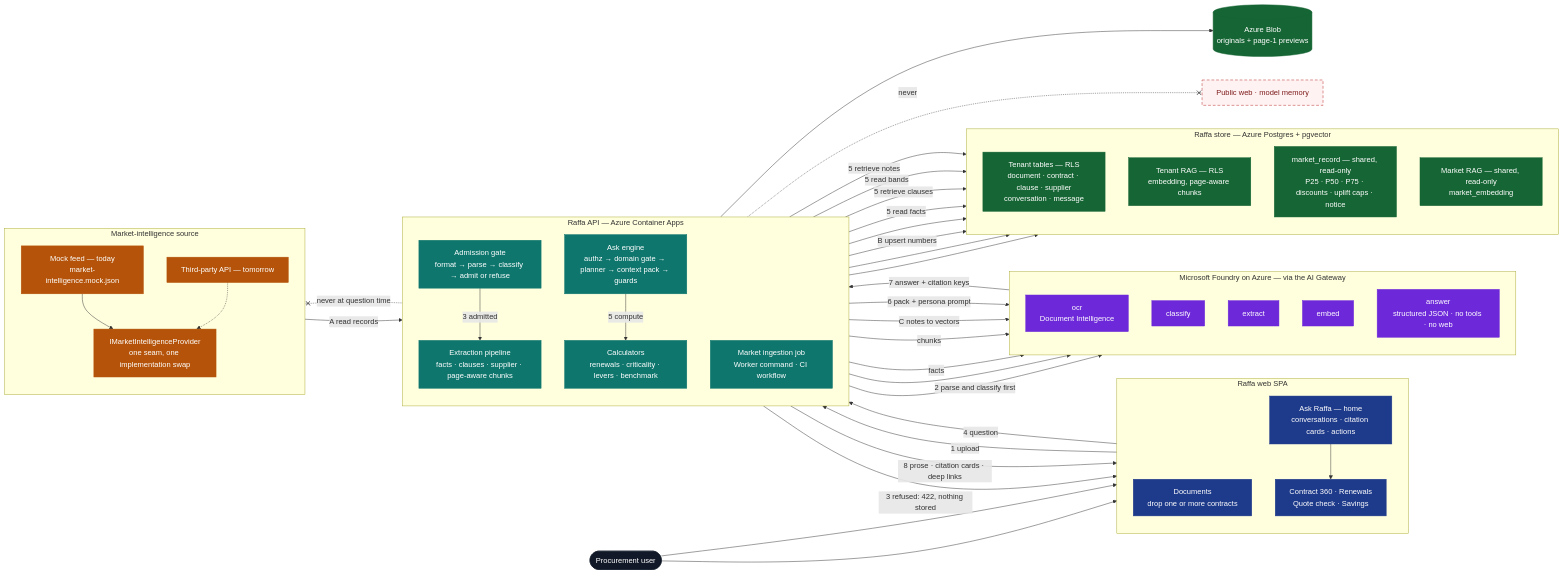
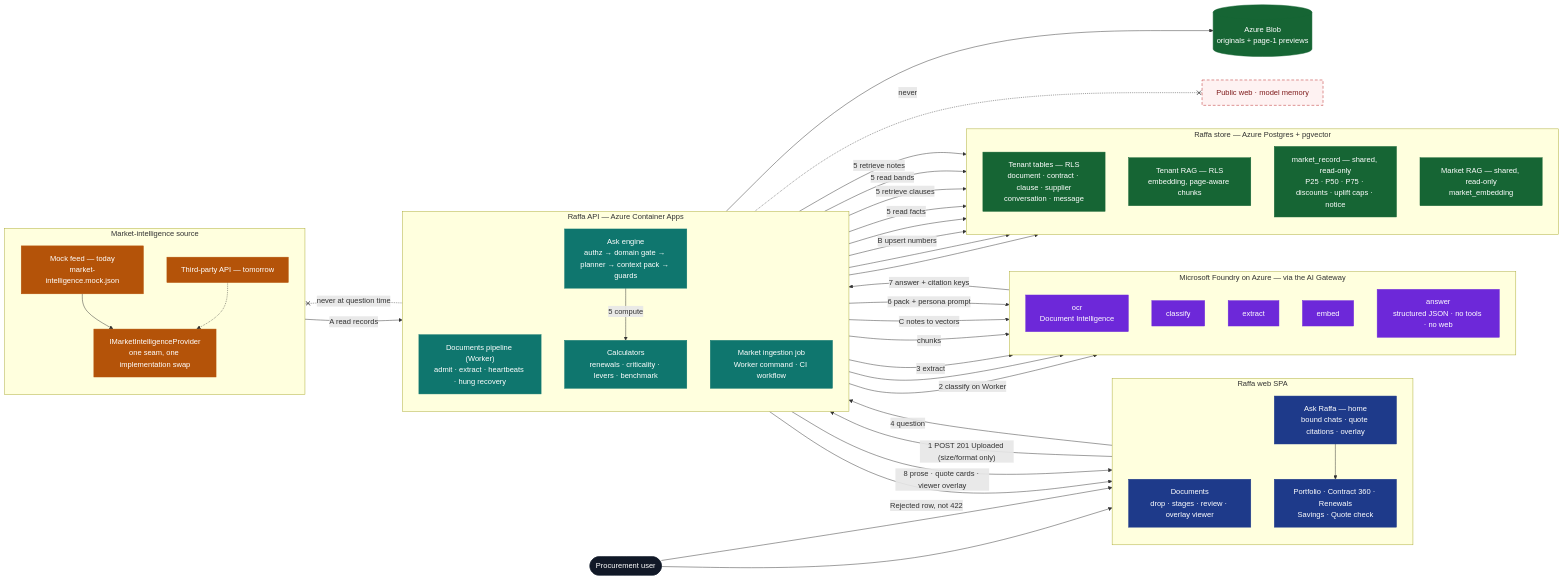
The first of 7 diagrams in docs/architecture/ask-raffa-v2-data-flow.md (lucalamalfa91/Raffa.ai), drawn with Mermaid before and after one commit. The commit also changed other lines of this file and 3 other files, not shown here.

First line of the commit message:
docs: align README and flows with the post-W19 product

```diff
--- a/docs/architecture/ask-raffa-v2-data-flow.md
+++ b/docs/architecture/ask-raffa-v2-data-flow.md
@@ -44,15 +44,14 @@
 
   subgraph WEB["Raffa web SPA"]
     direction TB
-    DOCS["Documents<br/>drop one or more contracts"]
-    ASKUI["Ask Raffa — home<br/>conversations · citation cards · actions"]
-    SCREENS["Contract 360 · Renewals<br/>Quote check · Savings"]
+    DOCS["Documents<br/>drop · stages · review · overlay viewer"]
+    ASKUI["Ask Raffa — home<br/>bound chats · quote citations · overlay"]
+    SCREENS["Portfolio · Contract 360 · Renewals<br/>Savings · Quote check"]
   end
 
   subgraph API["Raffa API — Azure Container Apps"]
     direction TB
-    GATE["Admission gate<br/>format → parse → classify → admit or refuse"]
-    PIPE["Extraction pipeline<br/>facts · clauses · supplier · page-aware chunks"]
+    PIPE["Documents pipeline (Worker)<br/>admit · extract · heartbeats · hung recovery"]
     ENGINE["Ask engine<br/>authz → domain gate → planner → context pack → guards"]
     CALC["Calculators<br/>renewals · criticality · levers · benchmark"]
     INGEST["Market ingestion job<br/>Worker command · CI workflow"]
@@ -90,13 +89,12 @@
 
   U --> DOCS
   U --> ASKUI
-  DOCS -- "1 upload" --> GATE
-  GATE -- "2 parse and classify first" --> OCR
-  GATE --> CLS
-  GATE -- "3 refused: 422, nothing stored" --> DOCS
-  GATE -- "3 admitted" --> PIPE
+  DOCS -- "1 POST 201 Uploaded (size/format only)" --> PIPE
   PIPE --> BLOB
-  PIPE -- "facts" --> EXT
+  PIPE -- "2 classify on Worker" --> OCR
+  PIPE --> CLS
+  PIPE -- "Rejected row, not 422" --> DOCS
+  PIPE -- "3 extract" --> EXT
   PIPE --> T1
   PIPE -- "chunks" --> EMB
   PIPE --> T2
@@ -114,14 +112,14 @@
   ENGINE -- "5 compute" --> CALC
   ENGINE -- "6 pack + persona prompt" --> ANS
   ANS -- "7 answer + citation keys" --> ENGINE
-  ENGINE -- "8 prose · citation cards · deep links" --> ASKUI
+  ENGINE -- "8 prose · quote cards · viewer overlay" --> ASKUI
   ASKUI --> SCREENS
   ENGINE -. "never" .-x WEBX
   ENGINE -. "never at question time" .-x PROV
 
   class U user
   class DOCS,ASKUI,SCREENS web
-  class GATE,PIPE,ENGINE,CALC,INGEST api
+  class PIPE,ENGINE,CALC,INGEST api
   class OCR,CLS,EXT,EMB,ANS ai
   class T1,T2,M1,M2,BLOB store
   class MOCK,LIVE,PROV market
```
